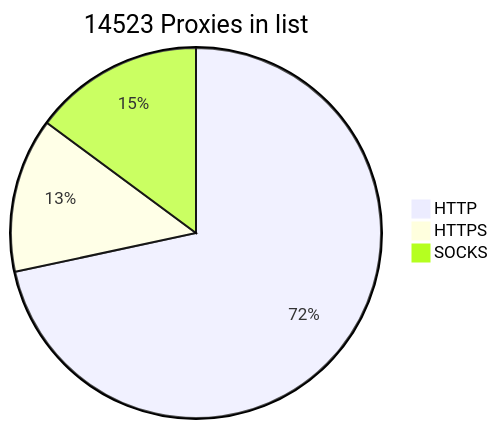
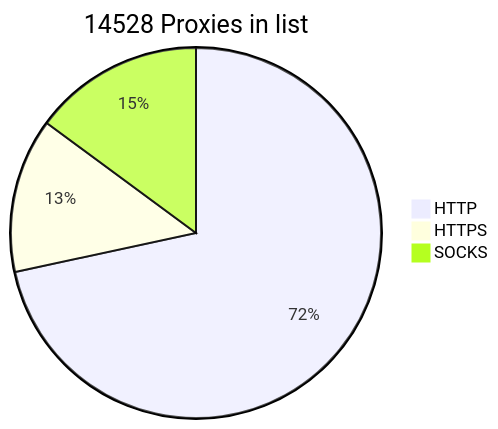
The diagram in README.md (BlackSnowDot/proxylist-update-every-minute), drawn with Mermaid before and after one commit. The commit also changed other lines of this file, not shown here.

````diff
--- a/README.md
+++ b/README.md
@@ -2,6 +2,6 @@
 ```mermaid
-pie title 14523 Proxies in list
-    "HTTP" : 10895
+pie title 14528 Proxies in list
+    "HTTP" : 10896
     "HTTPS": 2053
-    "SOCKS" : 2261
+    "SOCKS" : 2265
 ```
````
